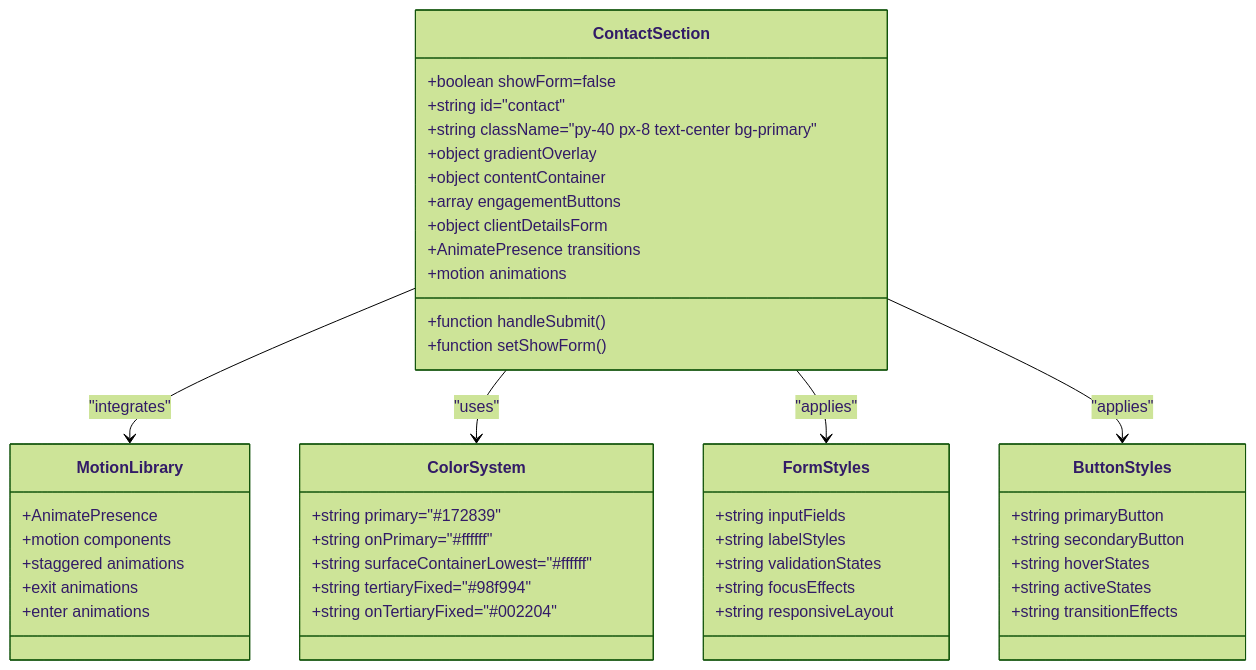
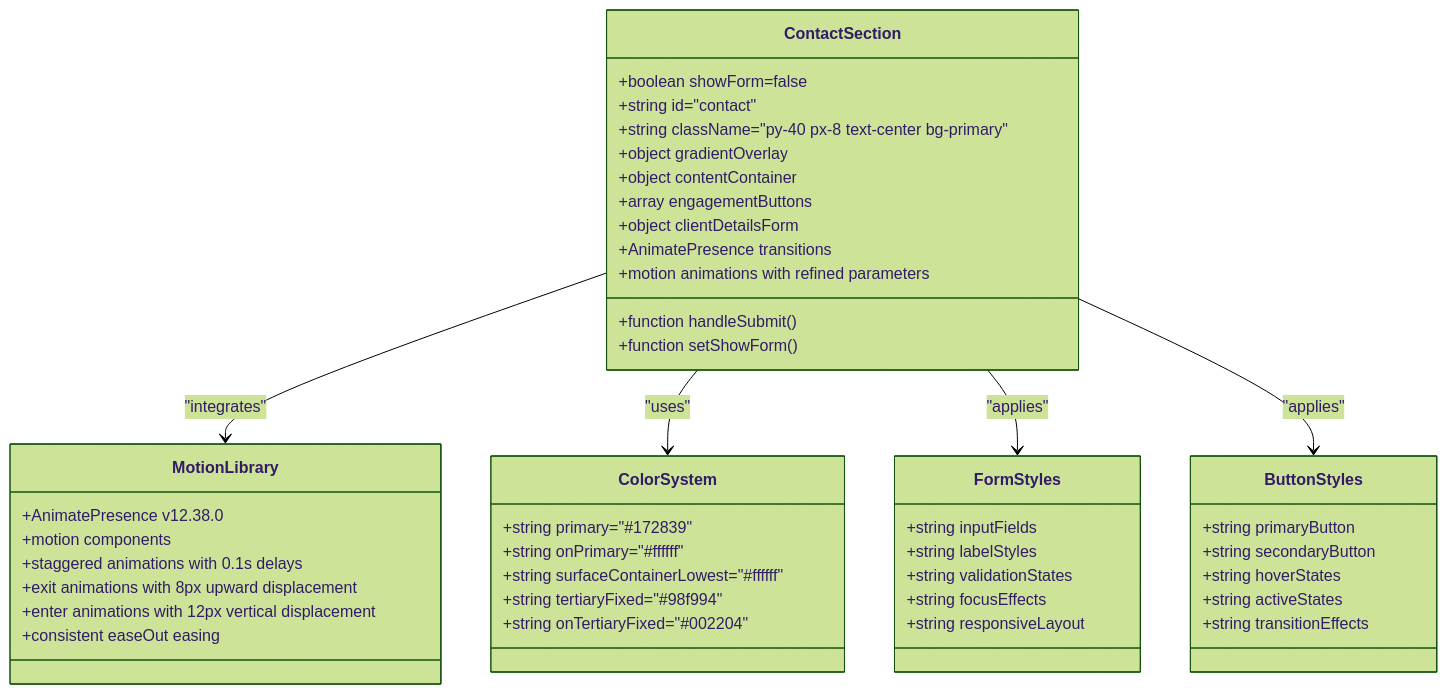
Before and after one commit to subash7781/Portfolio: the third of 5 diagrams in .qoder/repowiki/en/content/Component Library & UI Elements/ContactSection Component.md, drawn with Mermaid (forest theme). The commit also changed other lines of this file and 9 other files, not shown here.

````diff
--- a/.qoder/repowiki/en/content/Component Library & UI Elements/ContactSection Component.md
+++ b/.qoder/repowiki/en/content/Component Library & UI Elements/ContactSection Component.md
@@ -183,48 +183,49 @@
 ```mermaid
 classDiagram
 class ContactSection {
 +boolean showForm=false
 +string id="contact"
 +string className="py-40 px-8 text-center bg-primary"
 +object gradientOverlay
 +object contentContainer
 +array engagementButtons
 +object clientDetailsForm
 +function handleSubmit()
 +function setShowForm()
 +AnimatePresence transitions
-+motion animations
++motion animations with refined parameters
 }
 class MotionLibrary {
-+AnimatePresence
++AnimatePresence v12.38.0
 +motion components
-+staggered animations
-+exit animations
-+enter animations
++staggered animations with 0.1s delays
++exit animations with 8px upward displacement
++enter animations with 12px vertical displacement
++consistent easeOut easing
 }
 class ColorSystem {
 +string primary="#172839"
 +string onPrimary="#ffffff"
 +string surfaceContainerLowest="#ffffff"
 +string tertiaryFixed="#98f994"
 +string onTertiaryFixed="#002204"
 }
 class FormStyles {
 +string inputFields
 +string labelStyles
 +string validationStates
 +string focusEffects
 +string responsiveLayout
 }
 class ButtonStyles {
 +string primaryButton
 +string secondaryButton
 +string hoverStates
 +string activeStates
 +string transitionEffects
 }
 ContactSection --> MotionLibrary : "integrates"
 ContactSection --> ColorSystem : "uses"
 ContactSection --> FormStyles : "applies"
 ContactSection --> ButtonStyles : "applies"
 ```
````
